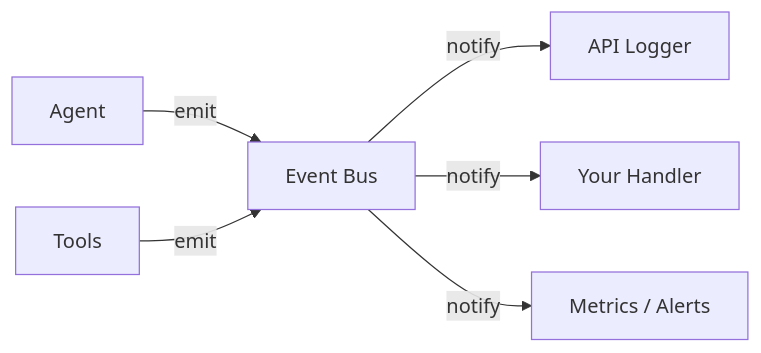
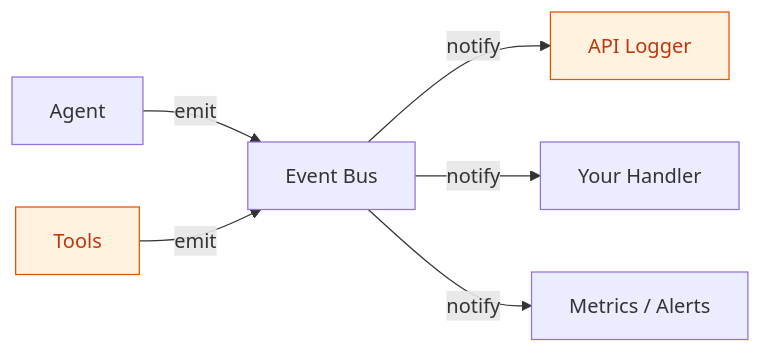
One commit to Guebbit/AI-coding-assistant changed the second of 2 diagrams in docs/packages/events.md. Above: the diagram before and after it, drawn with Mermaid. The commit also changed 54 other files, not shown here.

First line of the commit message:
docs: add mermaid diagrams to quickstart & ollama-notes, color-code all flowcharts

````diff
--- a/docs/packages/events.md
+++ b/docs/packages/events.md
@@ -132,8 +132,10 @@
 ```mermaid
 flowchart LR
     Agent -->|emit| Bus[Event Bus]
     Tools -->|emit| Bus
     Bus -->|notify| Logger["API Logger"]
     Bus -->|notify| Custom["Your Handler"]
     Bus -->|notify| Metrics["Metrics / Alerts"]
+    style Logger fill:#fff3e0,stroke:#e65100,color:#bf360c
+    style Tools fill:#fff3e0,stroke:#e65100,color:#bf360c
 ```
````
